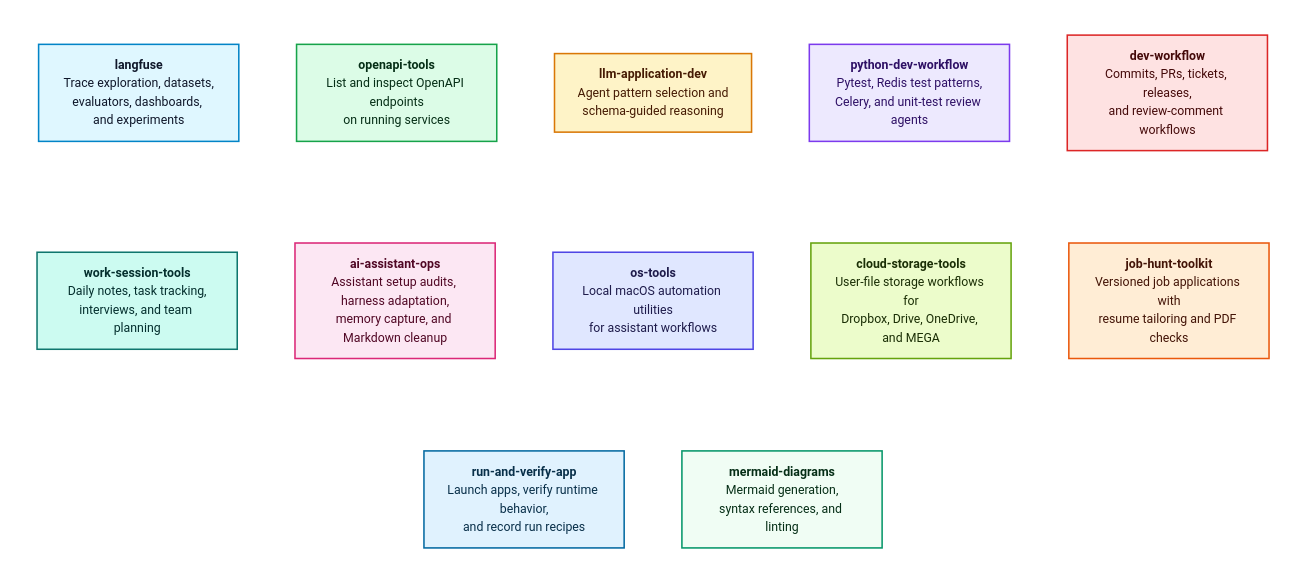
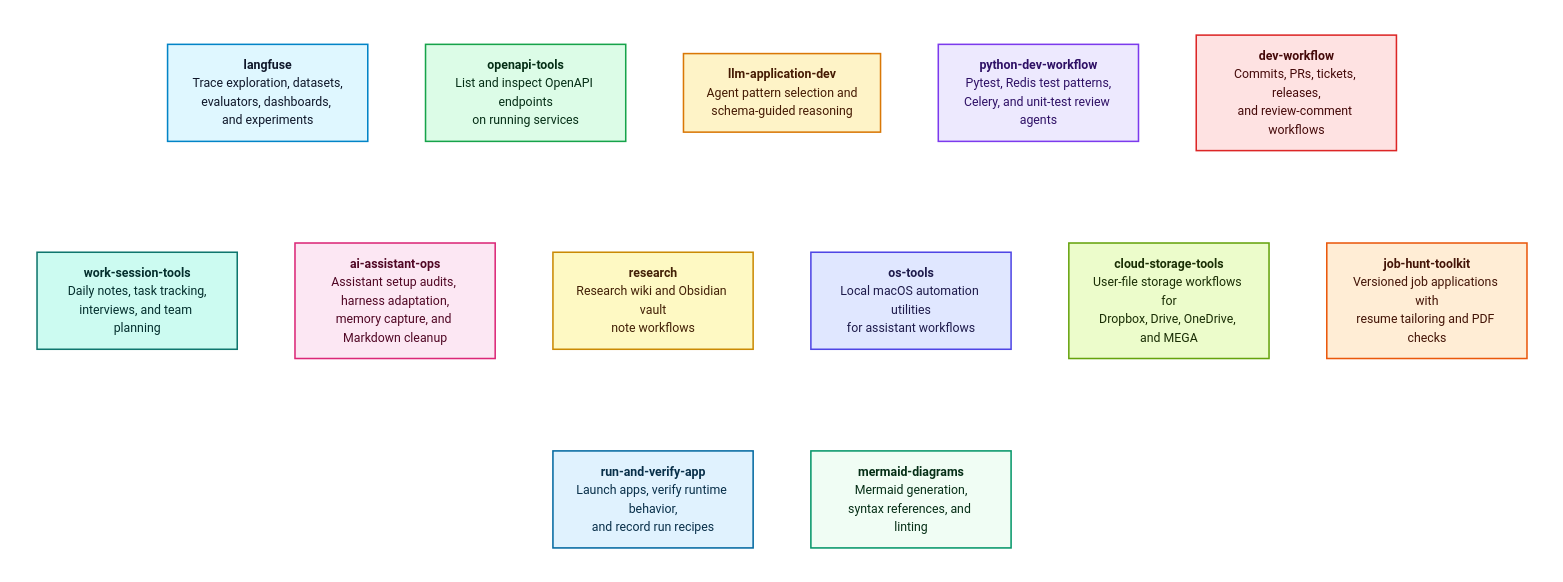
One commit to Alex-Kopylov/zweihander changed the diagram in README.md. Above: the diagram before and after it, drawn with Mermaid. The commit also changed other lines of this file and 11 other files, not shown here.

````diff
--- a/README.md
+++ b/README.md
@@ -12,73 +13,77 @@
 ```mermaid
 flowchart TB
 
 subgraph RowOne[" "]
   direction LR
   Langfuse["`**langfuse**
   Trace exploration, datasets,
   evaluators, dashboards, and experiments`"]:::langfuse
   OpenAPITools["`**openapi-tools**
   List and inspect OpenAPI endpoints
   on running services`"]:::openapi
   LLMApplicationDev["`**llm-application-dev**
   Agent pattern selection and
   schema-guided reasoning`"]:::llm
   PythonDevWorkflow["`**python-dev-workflow**
   Pytest, Redis test patterns,
   Celery, and unit-test review agents`"]:::python
   DevWorkflow["`**dev-workflow**
   Commits, PRs, tickets, releases,
   and review-comment workflows`"]:::dev
 end
 
 subgraph RowTwo[" "]
   direction LR
   WorkSessionTools["`**work-session-tools**
   Daily notes, task tracking,
   interviews, and team planning`"]:::session
   AIAssistantOps["`**ai-assistant-ops**
   Assistant setup audits, harness adaptation,
   memory capture, and Markdown cleanup`"]:::ops
+  Research["`**research**
+  Research wiki and Obsidian vault
+  note workflows`"]:::research
   OSTools["`**os-tools**
   Local macOS automation utilities
   for assistant workflows`"]:::os
   CloudStorageTools["`**cloud-storage-tools**
   User-file storage workflows for
   Dropbox, Drive, OneDrive, and MEGA`"]:::storage
   JobHuntToolkit["`**job-hunt-toolkit**
   Versioned job applications with
   resume tailoring and PDF checks`"]:::job
 end
 
 subgraph RowThree[" "]
   direction LR
   RunAndVerifyApp["`**run-and-verify-app**
   Launch apps, verify runtime behavior,
   and record run recipes`"]:::runverify
   MermaidDiagrams["`**mermaid-diagrams**
   Mermaid generation,
   syntax references, and linting`"]:::mermaid
 end
 
 Langfuse ~~~ OpenAPITools ~~~ LLMApplicationDev ~~~ PythonDevWorkflow ~~~ DevWorkflow
-WorkSessionTools ~~~ AIAssistantOps ~~~ OSTools ~~~ CloudStorageTools ~~~ JobHuntToolkit
+WorkSessionTools ~~~ AIAssistantOps ~~~ Research ~~~ OSTools ~~~ CloudStorageTools ~~~ JobHuntToolkit
 RowOne ~~~ RowTwo
 RowTwo ~~~ RowThree
 RunAndVerifyApp ~~~ MermaidDiagrams
 
 classDef langfuse fill:#dff7ff,stroke:#0284c7,stroke-width:2px,color:#0f172a;
 classDef openapi fill:#dcfce7,stroke:#16a34a,stroke-width:2px,color:#052e16;
 classDef llm fill:#fef3c7,stroke:#d97706,stroke-width:2px,color:#451a03;
 classDef python fill:#ede9fe,stroke:#7c3aed,stroke-width:2px,color:#2e1065;
 classDef dev fill:#fee2e2,stroke:#dc2626,stroke-width:2px,color:#450a0a;
 classDef runverify fill:#e0f2fe,stroke:#0369a1,stroke-width:2px,color:#082f49;
 classDef session fill:#ccfbf1,stroke:#0f766e,stroke-width:2px,color:#042f2e;
 classDef ops fill:#fce7f3,stroke:#db2777,stroke-width:2px,color:#500724;
+classDef research fill:#fef9c3,stroke:#ca8a04,stroke-width:2px,color:#422006;
 classDef os fill:#e0e7ff,stroke:#4f46e5,stroke-width:2px,color:#1e1b4b;
 classDef storage fill:#ecfccb,stroke:#65a30d,stroke-width:2px,color:#1a2e05;
 classDef job fill:#ffedd5,stroke:#ea580c,stroke-width:2px,color:#431407;
 classDef mermaid fill:#f0fdf4,stroke:#059669,stroke-width:2px,color:#052e16;
 style RowOne fill:transparent,stroke:transparent,color:transparent;
 style RowTwo fill:transparent,stroke:transparent,color:transparent;
 style RowThree fill:transparent,stroke:transparent,color:transparent;
 ```
````
